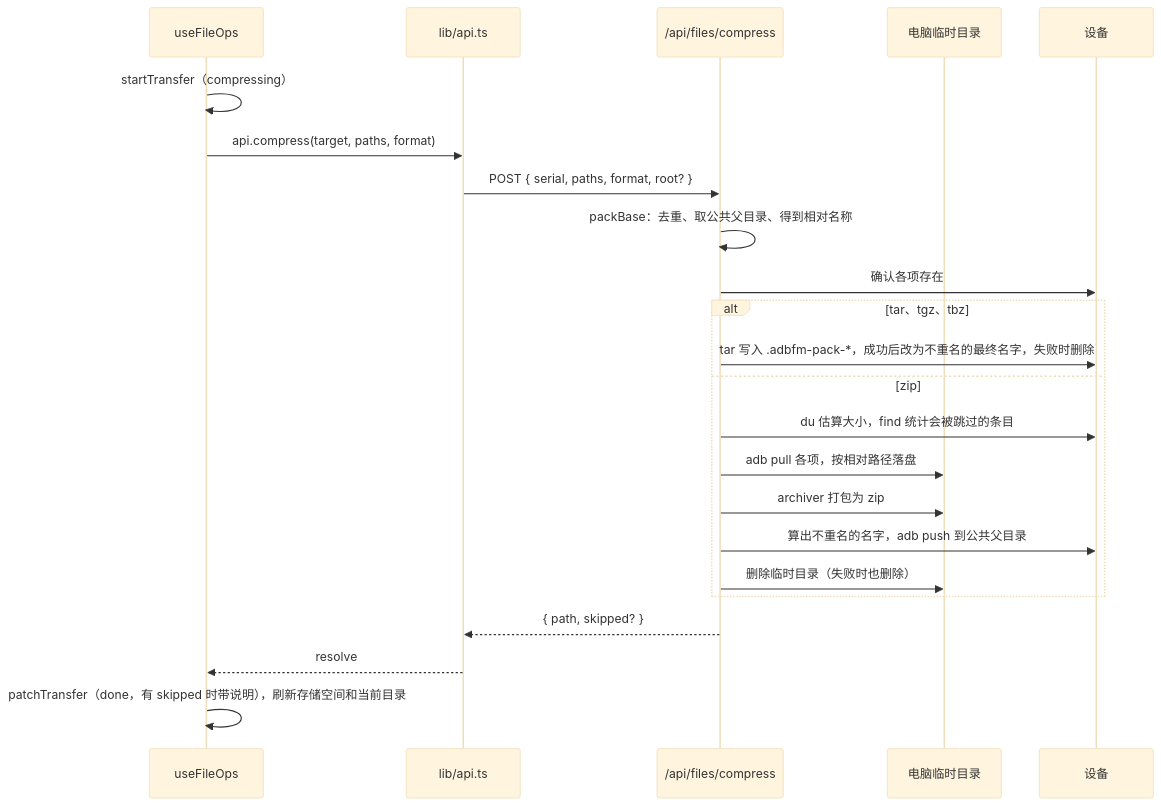
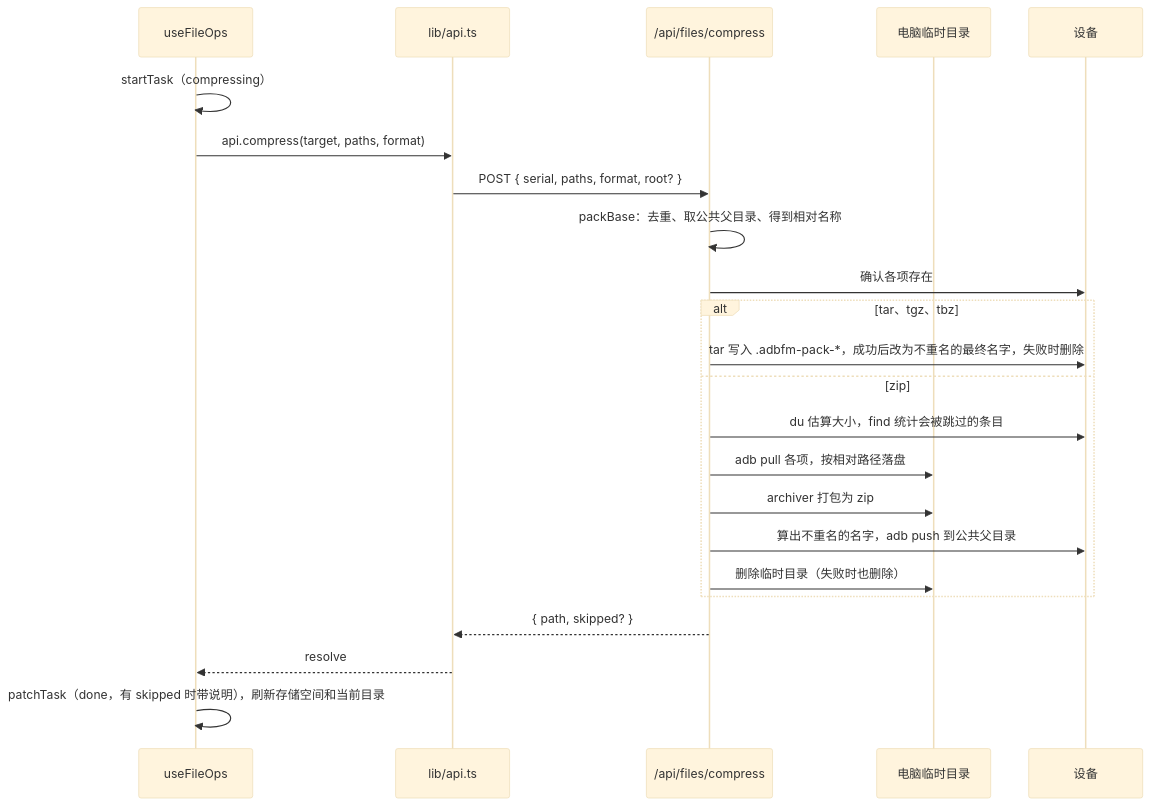
Diagram 11 of 12 in docs/architecture.md (wynnyu/adb-file-manager), drawn with Mermaid (base theme) before and after one commit. The commit also changed other lines of this file and 20 other files, not shown here.

Commit message:
Rename the transfer queue to a generic task queue

````diff
--- a/docs/architecture.md
+++ b/docs/architecture.md
@@ -497,25 +497,25 @@
 ```mermaid
 sequenceDiagram
   participant F as useFileOps
   participant A as lib/api.ts
   participant S as /api/files/compress
   participant T as 电脑临时目录
   participant P as 设备
-  F->>F: startTransfer（compressing）
+  F->>F: startTask（compressing）
   F->>A: api.compress(target, paths, format)
   A->>S: POST { serial, paths, format, root? }
   S->>S: packBase：去重、取公共父目录、得到相对名称
   S->>P: 确认各项存在
   alt tar、tgz、tbz
     S->>P: tar 写入 .adbfm-pack-*，成功后改为不重名的最终名字，失败时删除
   else zip
     S->>P: du 估算大小，find 统计会被跳过的条目
     S->>T: adb pull 各项，按相对路径落盘
     S->>T: archiver 打包为 zip
     S->>P: 算出不重名的名字，adb push 到公共父目录
     S->>T: 删除临时目录（失败时也删除）
   end
   S-->>A: { path, skipped? }
   A-->>F: resolve
-  F->>F: patchTransfer（done，有 skipped 时带说明），刷新存储空间和当前目录
+  F->>F: patchTask（done，有 skipped 时带说明），刷新存储空间和当前目录
 ```
````
